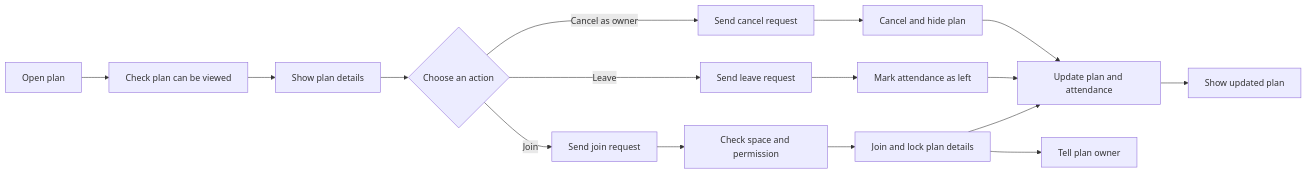
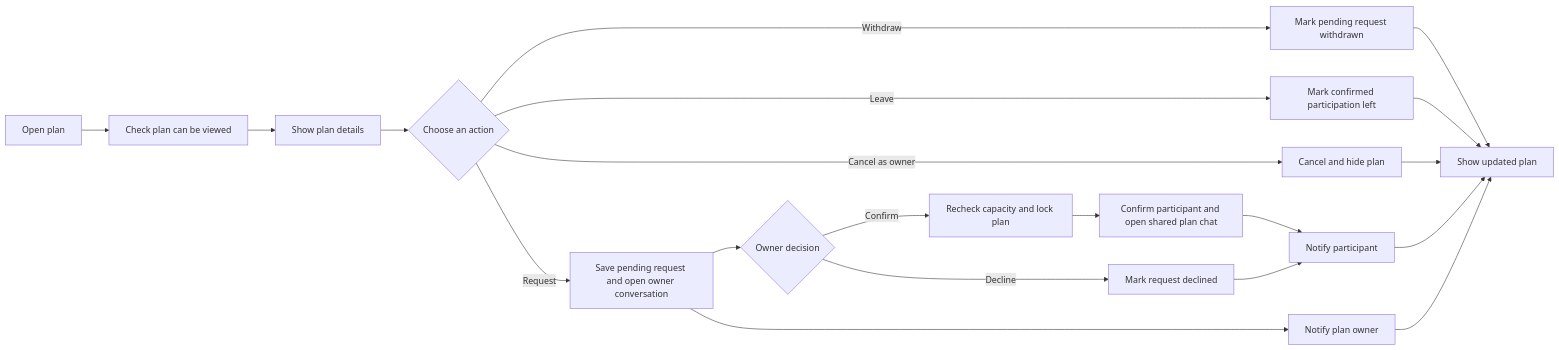
The eighth of 13 diagrams in docs/RUNTIME.md (harvseale-ai/kindelise-), drawn with Mermaid before and after one commit. The commit also changed other lines of this file and 66 other files, not shown here.

````diff
--- a/docs/RUNTIME.md
+++ b/docs/RUNTIME.md
@@ -295,32 +297,37 @@
 ```mermaid
 flowchart LR
   A["Open plan"] --> B["Check plan can be viewed"]
   B --> C["Show plan details"]
   C --> D{"Choose an action"}
-  D -->|Join| E["Send join request"]
-  E --> F["Check space and permission"]
-  F --> G["Join and lock plan details"]
-  G --> H["Update plan and attendance"]
-  G --> I["Tell plan owner"]
-  D -->|Leave| J["Send leave request"]
-  J --> K["Mark attendance as left"]
-  K --> H
-  D -->|Cancel as owner| L["Send cancel request"]
-  L --> M["Cancel and hide plan"]
-  M --> H
-  H --> N["Show updated plan"]
+  D -->|Request| E["Save pending request and open owner conversation"]
+  E --> F{"Owner decision"}
+  F -->|Confirm| G["Recheck capacity and lock plan"]
+  G --> H["Confirm participant and open shared plan chat"]
+  F -->|Decline| I["Mark request declined"]
+  D -->|Withdraw| J["Mark pending request withdrawn"]
+  D -->|Leave| K["Mark confirmed participation left"]
+  D -->|Cancel as owner| L["Cancel and hide plan"]
+  H --> M["Notify participant"]
+  I --> M
+  E --> N["Notify plan owner"]
+  J --> O["Show updated plan"]
+  K --> O
+  L --> O
+  M --> O
+  N --> O
   click A "kindlelise/urls.py#L1" "Open plan routes"
   click B "kindlelise/selectors/plans.py#Sget_plan_page_if_viewer_is_allowed" "Open plan visibility read"
   click C "kindlelise/views/plans.py#Splan_detail_page" "Open plan detail coordination"
   click D "templates/plan.html#L1" "Open plan action controls"
-  click E "kindlelise/views/plans.py#Sjoin_plan" "Open join endpoint"
-  click F "kindlelise/policies.py#Scan_join_approved_plan" "Open join policy"
-  click G "kindlelise/services/plans.py#Sjoin_approved_plan_and_lock_meeting_details" "Open atomic join"
-  click H "kindlelise/models.py#SParticipation" "Open participation history model"
-  click I "kindlelise/models.py#SNotification" "Open notification model"
-  click J "kindlelise/views/plans.py#Sleave_plan" "Open leave endpoint"
+  click E "kindlelise/services/plans.py#Srequest_plan_participation_and_open_owner_conversation" "Open request workflow"
+  click F "kindlelise/views/plans.py#Sconfirm_plan_participation" "Open owner confirmation endpoint"
+  click G "kindlelise/services/plans.py#Sconfirm_requested_plan_participation" "Open locked confirmation service"
+  click H "kindlelise/models.py#SPlanChat" "Open shared plan chat model"
+  click I "kindlelise/services/plans.py#Sdecline_requested_plan_participation" "Open decline service"
+  click J "kindlelise/services/plans.py#Swithdraw_pending_plan_participation" "Open withdrawal service"
   click K "kindlelise/services/plans.py#Sleave_plan_and_keep_participation_history" "Open leave service"
-  click L "kindlelise/views/plans.py#Scancel_plan" "Open cancellation endpoint"
-  click M "kindlelise/services/plans.py#Scancel_owned_plan_and_hide_it_from_discovery" "Open cancellation service"
-  click N "templates/plan.html#L1" "Open plan detail template"
+  click L "kindlelise/services/plans.py#Scancel_owned_plan_and_hide_it_from_discovery" "Open cancellation service"
+  click M "kindlelise/models.py#SNotification" "Open notification model"
+  click N "kindlelise/models.py#SNotification" "Open owner notification model"
+  click O "templates/plan.html#L1" "Open plan detail template"
 ```
````
